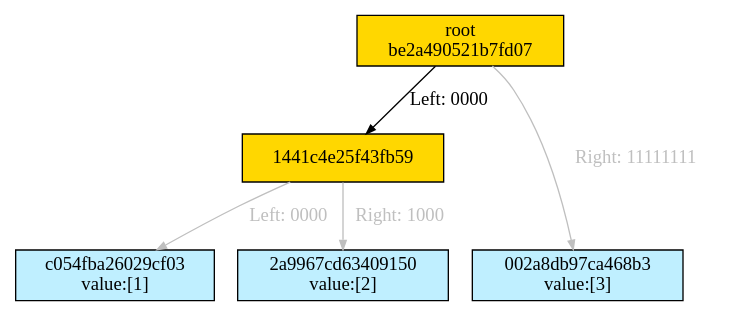
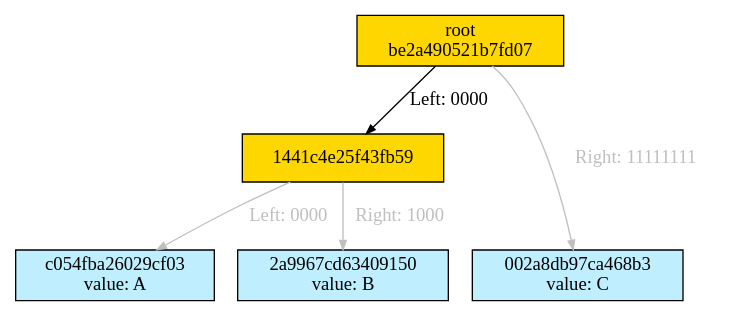
One commit to juicebox-systems/juicebox-hsm-realm changed the diagram in docs/merkle_tree/proofs/noninclusion_proof.dot. Above: the diagram before and after it, drawn with Graphviz. The commit also changed 46 other files, not shown here.

```diff
--- a/docs/merkle_tree/proofs/noninclusion_proof.dot
+++ b/docs/merkle_tree/proofs/noninclusion_proof.dot
@@ -1,30 +1,30 @@
 Digraph merkletree {
 
 hbe2a490521b7fd07 -> h1441c4e25f43fb59 [arrowsize=0.7 color=black fontcolor=black label="Left: 0000\l" nojustify=true ];
 h1441c4e25f43fb59 -> hc054fba26029cf03 [arrowsize=0.7 color=gray75 fontcolor=gray75 label="Left: 0000" nojustify=true ];
 h1441c4e25f43fb59 -> h2a9967cd63409150 [arrowsize=0.7 color=gray75 fontcolor=gray75 label="Right: 1000" nojustify=true ];
 hbe2a490521b7fd07 -> h002a8db97ca468b3 [arrowsize=0.7 color=gray75 fontcolor=gray75 label="Right: 11111111" nojustify=true ];
 
 Subgraph depth_0 {
 rank=same
 
 hbe2a490521b7fd07 [fillcolor=gold1 label="root\nbe2a490521b7fd07" ordering=out shape=box style=filled ];
 }
 
 
 Subgraph depth_4 {
 rank=same
 
 h1441c4e25f43fb59 [fillcolor=gold1 label="1441c4e25f43fb59" ordering=out shape=box style=filled ];
 }
 
 
 Subgraph depth_256 {
 rank=same
 
-hc054fba26029cf03 [fillcolor=lightblue1 label="c054fba26029cf03\nvalue:[1]" ordering=out shape=box style=filled ];
-h2a9967cd63409150 [fillcolor=lightblue1 label="2a9967cd63409150\nvalue:[2]" ordering=out shape=box style=filled ];
-h002a8db97ca468b3 [fillcolor=lightblue1 label="002a8db97ca468b3\nvalue:[3]" ordering=out shape=box style=filled ];
+hc054fba26029cf03 [fillcolor=lightblue1 label="c054fba26029cf03\nvalue: A" ordering=out shape=box style=filled ];
+h2a9967cd63409150 [fillcolor=lightblue1 label="2a9967cd63409150\nvalue: B" ordering=out shape=box style=filled ];
+h002a8db97ca468b3 [fillcolor=lightblue1 label="002a8db97ca468b3\nvalue: C" ordering=out shape=box style=filled ];
 }
 
 }
```
